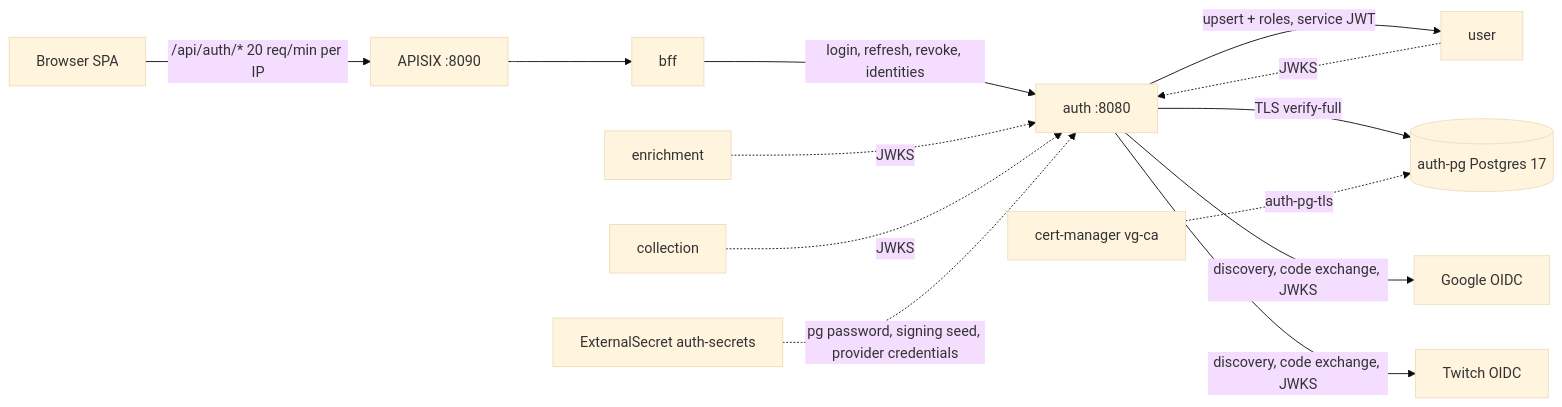
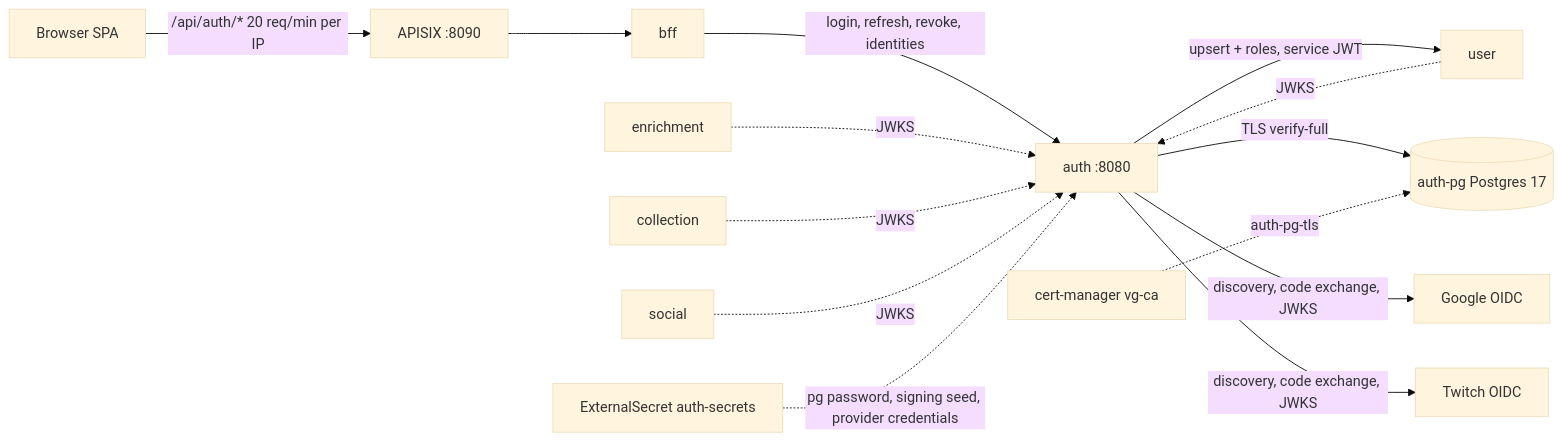
One commit to levonn-dev/vg-collect changed the first of 2 diagrams in docs/runbooks/auth.md. Above: the diagram before and after it, drawn with Mermaid (base theme). The commit also changed other lines of this file and 10 other files, not shown here.

Commit message:
feat(observability): social dashboard, availability alert, runbook, stack docs, arch diagram

````diff
--- a/docs/runbooks/auth.md
+++ b/docs/runbooks/auth.md
@@ -49,15 +50,16 @@
 ```mermaid
 graph LR
     browser[Browser SPA] -->|"/api/auth/* 20 req/min per IP"| apisix[APISIX :8090]
     apisix --> bff[bff]
     bff -->|"login, refresh, revoke, identities"| auth[auth :8080]
     user[user] -.->|"JWKS"| auth
     enrichment[enrichment] -.->|"JWKS"| auth
     collection[collection] -.->|"JWKS"| auth
+    social[social] -.->|"JWKS"| auth
     auth -->|"upsert + roles, service JWT"| user
     auth -->|"TLS verify-full"| authpg[("auth-pg Postgres 17")]
     auth -->|"discovery, code exchange, JWKS"| google[Google OIDC]
     auth -->|"discovery, code exchange, JWKS"| twitch[Twitch OIDC]
     eso[ExternalSecret auth-secrets] -.->|"pg password, signing seed, provider credentials"| auth
     certmgr[cert-manager vg-ca] -.->|"auth-pg-tls"| authpg
 ```
````
